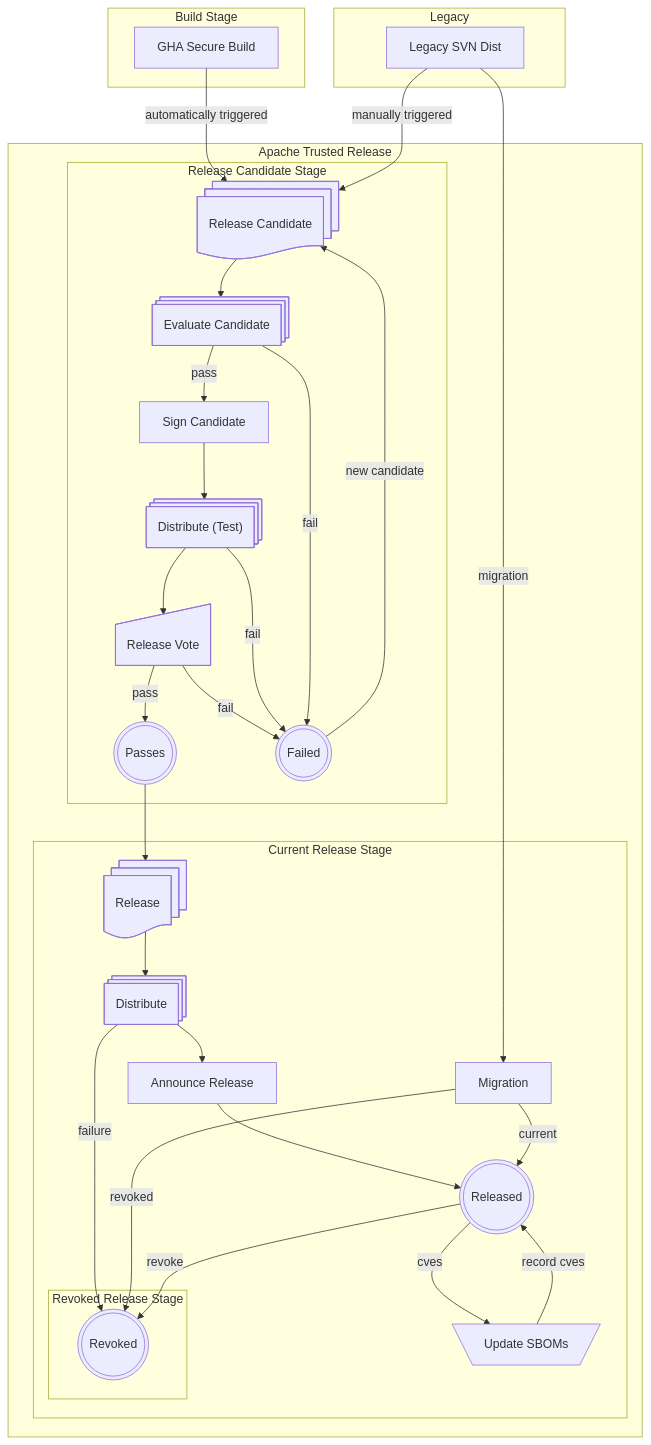
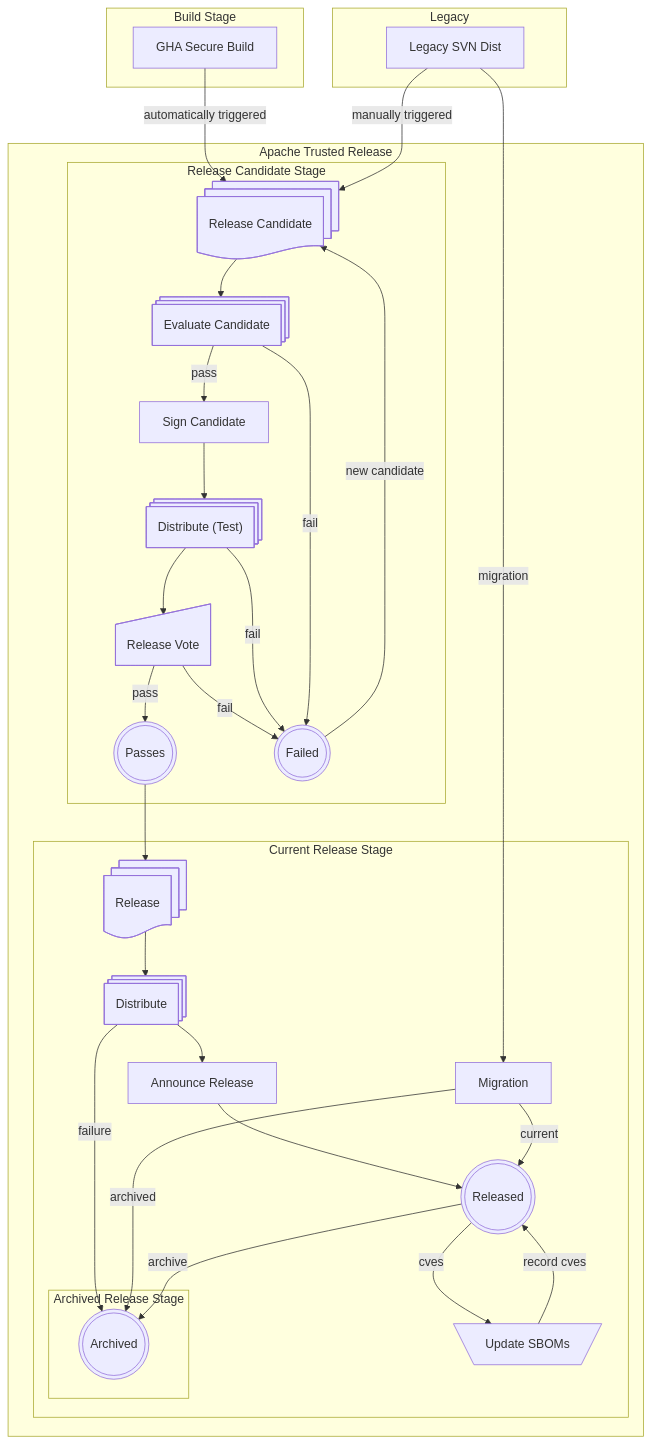
One commit to apache/tooling-docs changed the diagram in apache-trusted-release/lifecycle.md. Above: the diagram before and after it, drawn with Mermaid. The commit also changed other lines of this file, not shown here.

Commit message:
Use Archived not Revoked

````diff
--- a/apache-trusted-release/lifecycle.md
+++ b/apache-trusted-release/lifecycle.md
@@ -11,53 +11,53 @@
 ```mermaid
 flowchart TD
     subgraph Build Stage
     A[GHA Secure Build]
     end
     subgraph Legacy
     B[Legacy SVN Dist]
     end
     subgraph Apache Trusted Release
     C@{ shape: docs, label: "Release Candidate" }
     A -->|automatically triggered| C
     B -->|manually triggered| C
     subgraph Release Candidate Stage
     D@{ shape: processes, label: "Evaluate Candidate" }
     C --> D
     DD@{ shape: process, label: "Sign Candidate" }
     D -->|pass| DD
     GG@{ shape: processes, label: "Distribute (Test)" }
     E@{ shape: sl-rect, label: "Release Vote" }
     JJJ@{ shape: dbl-circ, label: "Passes" }
     F@{ shape: dbl-circ, label: "Failed" }
     E -->|pass| JJJ
     E -->|fail| F
     GG -->|fail| F
     D -->|fail| F
     F -->|new candidate| C
     DD --> GG
     GG --> E
     end
     subgraph Current Release Stage
     JJ@{ shape: docs, label: "Release" }
     JJJ --> JJ
     G@{ shape: processes, label: "Distribute" }
     G --> I
     I[Announce Release]
     II[Migration]
     L@{ shape: trap-t, label: "Update SBOMs" }
     J@{ shape: dbl-circ, label: "Released" }
     J -->|cves| L
     L -->|record cves| J
     JJ --> G
     I --> J
     B -->|migration| II
     II -->|current| J
-    subgraph Revoked Release Stage
-    K@{ shape: dbl-circ, label: "Revoked" }
+    subgraph Archived Release Stage
+    K@{ shape: dbl-circ, label: "Archived" }
     end
     G -->|failure| K
-    II -->|revoked| K
-    J -->|revoke| K
+    II -->|archived| K
+    J -->|archive| K
     end
     end
 ```
````
